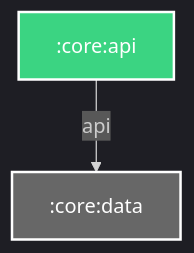
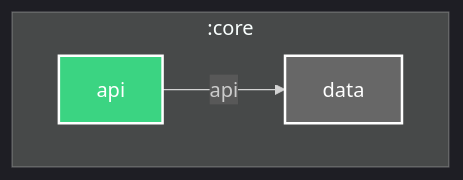
One commit to Dussim/cv-app changed the diagram in core/api/README.md. Above: the diagram before and after it, drawn with Mermaid. The commit also changed 24 other files, not shown here.

Commit message:
Update READMEs with module hierarchy graphs, refactor Gradle configurations, and bump dependencies

````diff
--- a/core/api/README.md
+++ b/core/api/README.md
@@ -3,16 +3,21 @@
 ```mermaid
 %%{
   init: {
     'theme': 'dark'
   }
 }%%
 
 graph TB
+  subgraph :core
+    :core:api["api"]
+    :core:data["data"]
+  end
+
   :core:api -- api --> :core:data
 
 classDef android-library fill:#3BD482,stroke:#fff,stroke-width:2px,color:#fff;
 classDef unknown fill:#676767,stroke:#fff,stroke-width:2px,color:#fff;
 class :core:api android-library
 class :core:data unknown
 
 ```
````
